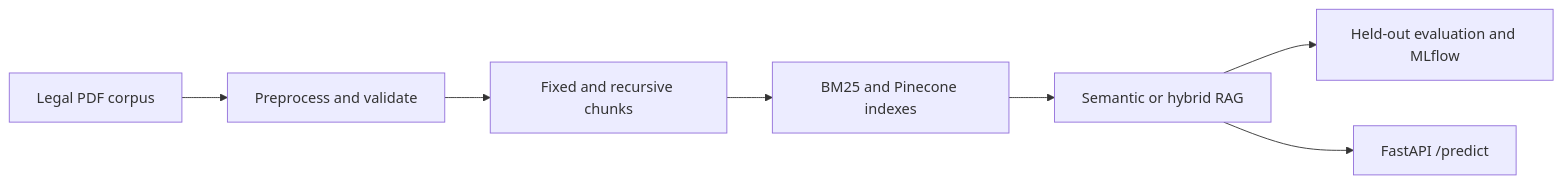
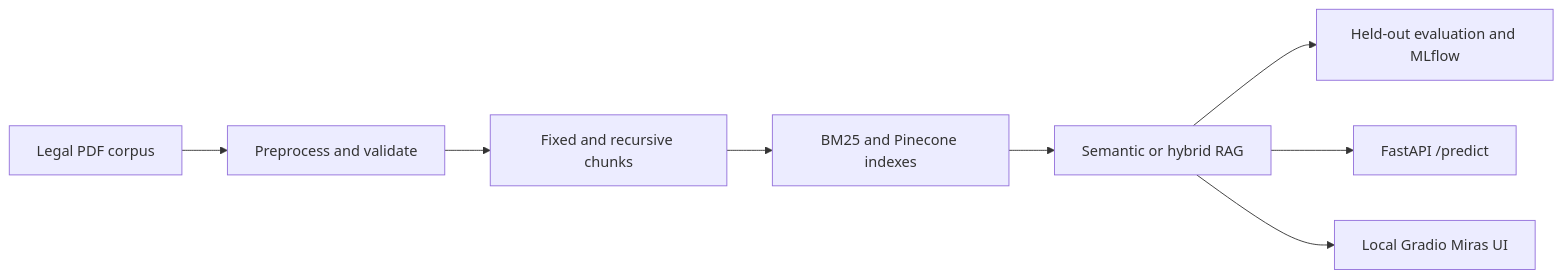
One commit to karnage4/MLOps-for-Legal-Aid-RAG-pipeline changed the diagram in README.md. Above: the diagram before and after it, drawn with Mermaid. The commit also changed other lines of this file and 4 other files, not shown here.

Commit message:
feat: add local Gradio Miras interface

````diff
--- a/README.md
+++ b/README.md
@@ -7,9 +7,10 @@
 ```mermaid
 flowchart LR
     A[Legal PDF corpus] --> B[Preprocess and validate]
     B --> C[Fixed and recursive chunks]
     C --> D[BM25 and Pinecone indexes]
     D --> E[Semantic or hybrid RAG]
     E --> F[Held-out evaluation and MLflow]
     E --> G[FastAPI /predict]
+    E --> H[Local Gradio Miras UI]
 ```
````
